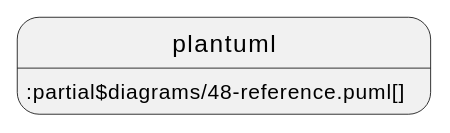
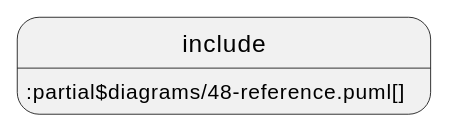
The first of 5 diagrams in documentation/IDTA-01001/modules/ROOT/pages/spec-metamodel/referencing.adoc (acplt/aas-specs), drawn with PlantUML before and after one commit. The commit also changed other lines of this file and 14 other files, not shown here.

First line of the commit message:
Revert "Use plantuml instead of include and test ./"

```diff
--- a/documentation/IDTA-01001/modules/ROOT/pages/spec-metamodel/referencing.adoc
+++ b/documentation/IDTA-01001/modules/ROOT/pages/spec-metamodel/referencing.adoc
@@ -34,4 +34,4 @@
 [plantuml, 48-reference, svg]
 ....
-plantuml::partial$diagrams/48-reference.puml[]
+include::partial$diagrams/48-reference.puml[]
 ....
```
